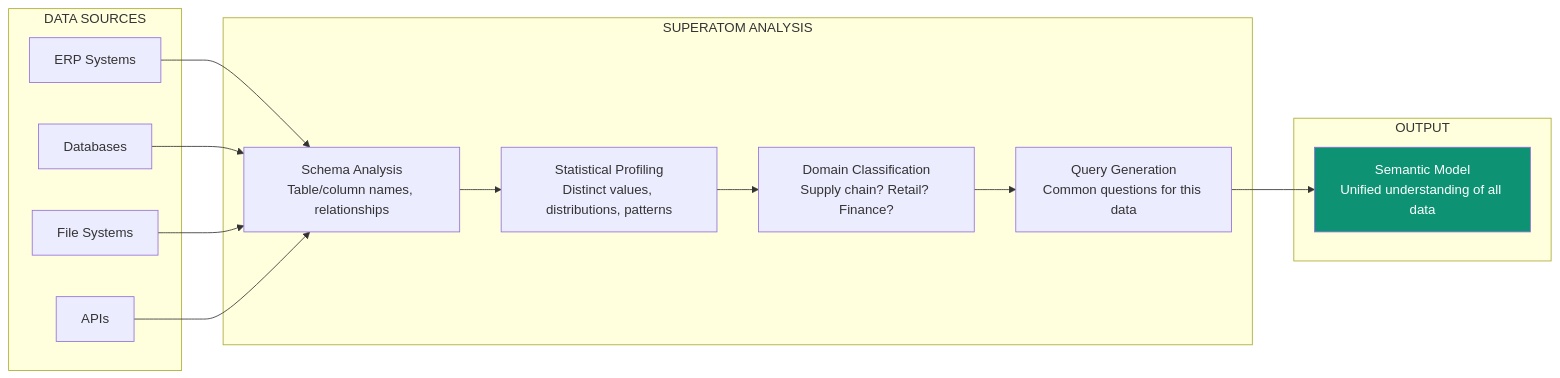
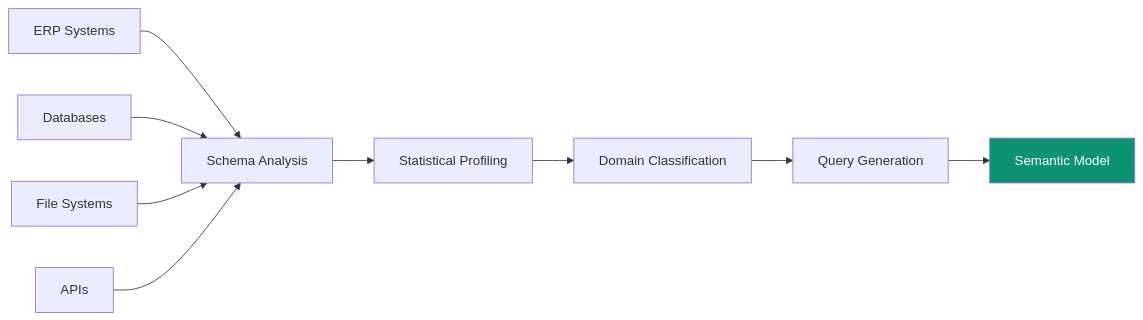
The second of 9 diagrams in introduction/problems.mdx (ashishsuperatom/tech-docs), drawn with Mermaid before and after one commit. The commit also changed other lines of this file and 13 other files, not shown here.

First line of the commit message:
Add Superatom AI logo and fix Mermaid diagram rendering

````diff
--- a/introduction/problems.mdx
+++ b/introduction/problems.mdx
@@ -57,25 +56,8 @@
 ```mermaid
 flowchart LR
-    subgraph SOURCES["DATA SOURCES"]
-        S1[ERP Systems]
-        S2[Databases]
-        S3[File Systems]
-        S4[APIs]
-    end
+    S1[ERP Systems] & S2[Databases] & S3[File Systems] & S4[APIs] --> A1
 
-    subgraph ANALYSIS["SUPERATOM ANALYSIS"]
-        A1["Schema Analysis<br>Table/column names, relationships"]
-        A2["Statistical Profiling<br>Distinct values, distributions, patterns"]
-        A3["Domain Classification<br>Supply chain? Retail? Finance?"]
-        A4["Query Generation<br>Common questions for this data"]
-    end
-
-    subgraph OUTPUT["OUTPUT"]
-        O1["Semantic Model<br>Unified understanding of all data"]
-    end
-
-    S1 & S2 & S3 & S4 --> A1
-    A1 --> A2 --> A3 --> A4 --> O1
+    A1["Schema Analysis"] --> A2["Statistical Profiling"] --> A3["Domain Classification"] --> A4["Query Generation"] --> O1["Semantic Model"]
 
     style O1 fill:#0D9373,color:#fff
 ```
````
